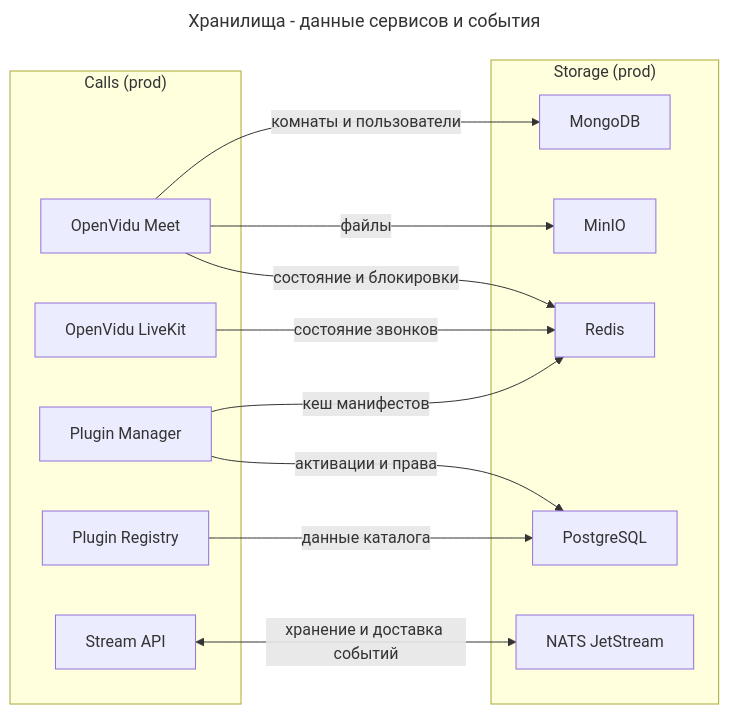
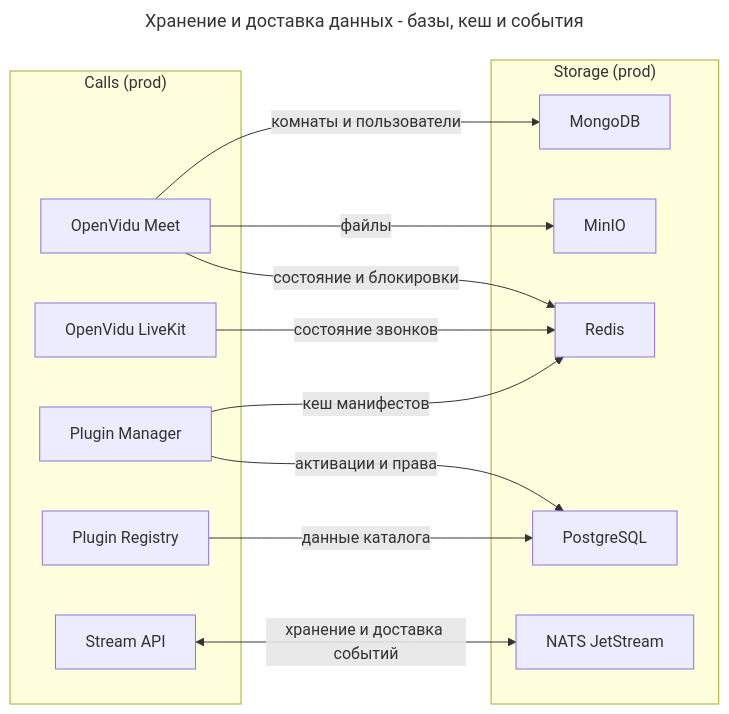
One commit to dwspurpleteam/deployer changed the second of 2 diagrams in README.md. Above: the diagram before and after it, drawn with Mermaid. The commit also changed other lines of this file, not shown here.

First line of the commit message:
Уточнить назначение схем архитектуры (#92)

````diff
--- a/README.md
+++ b/README.md
@@ -58,30 +44,30 @@
 ```mermaid
 ---
-title: Хранилища - данные сервисов и события
+title: Хранение и доставка данных - базы, кеш и события
 ---
 flowchart LR
   subgraph calls_storage["Calls (prod)"]
     meet[OpenVidu Meet]
     openvidu[OpenVidu LiveKit]
     manager[Plugin Manager]
     registry[Plugin Registry]
     streamapi[Stream API]
   end
 
   subgraph storage["Storage (prod)"]
     mongodb[MongoDB]
     minio[MinIO]
     redis[Redis]
     postgres[PostgreSQL]
     nats["NATS JetStream"]
   end
 
   meet -->|комнаты и пользователи| mongodb
   meet -->|файлы| minio
   meet -->|состояние и блокировки| redis
   openvidu -->|состояние звонков| redis
   manager -->|кеш манифестов| redis
   manager -->|активации и права| postgres
   registry -->|данные каталога| postgres
   streamapi <-->|хранение и доставка событий| nats
 ```
````
